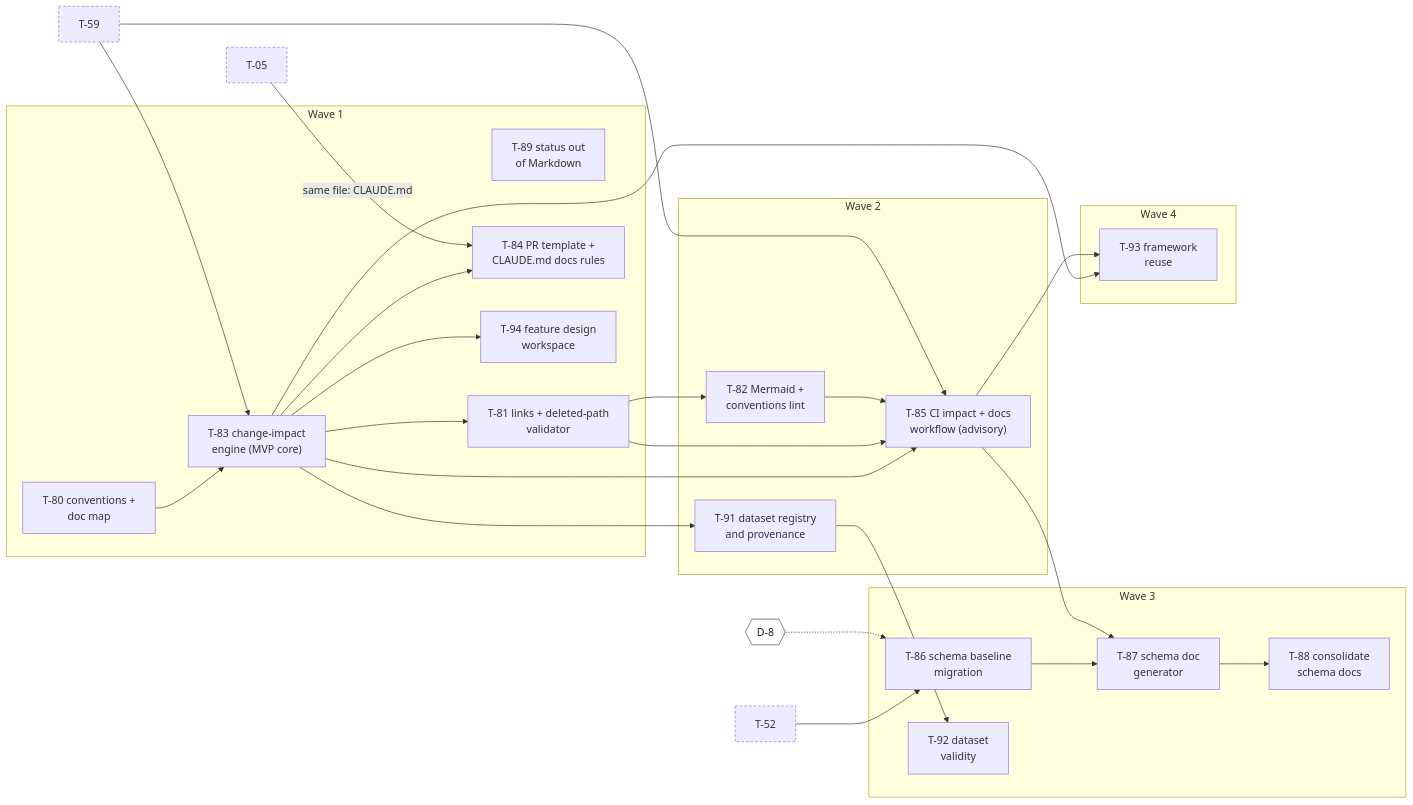
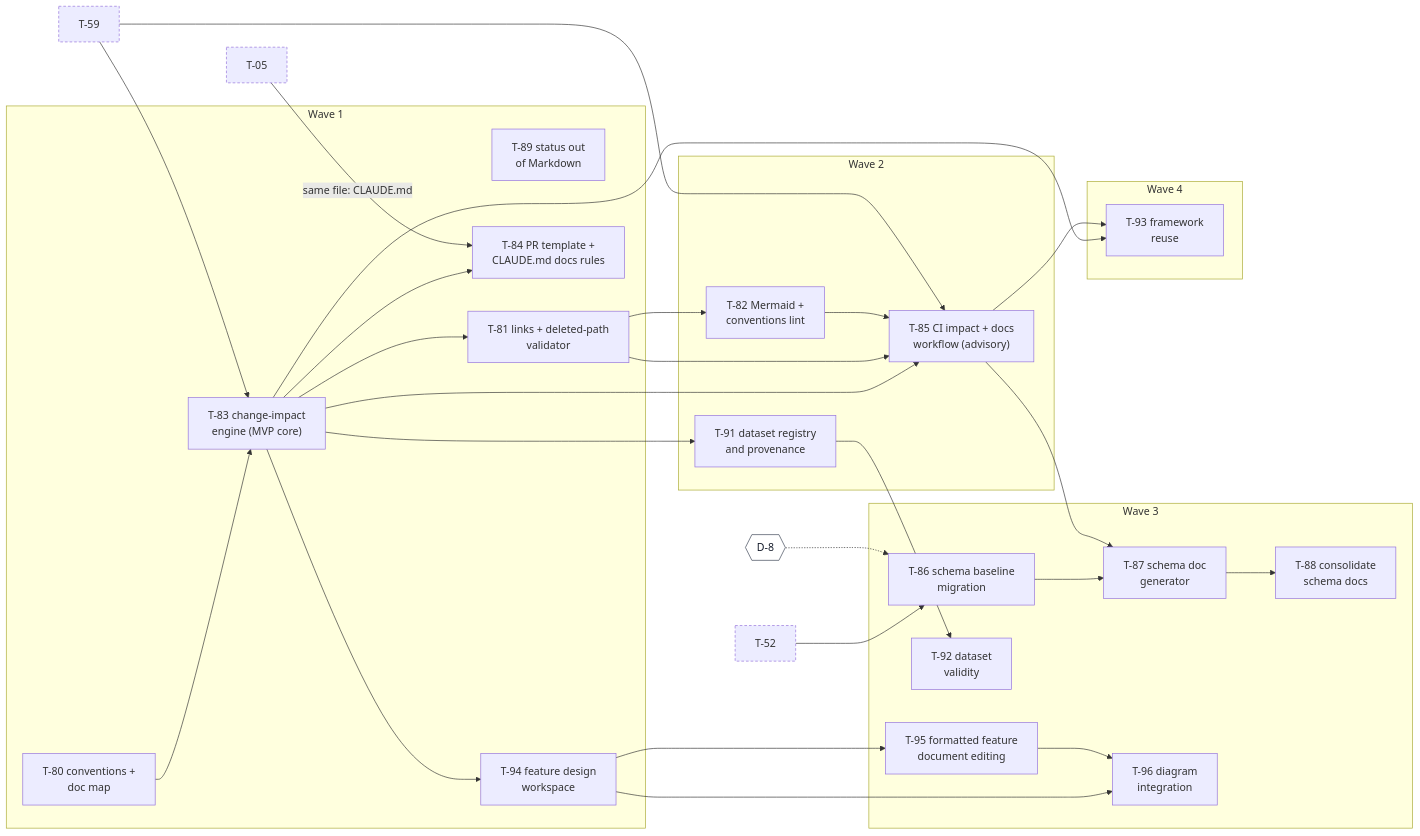
One commit to adrianfarhat/orlando-infrastructure-etl changed the sixth of 7 diagrams in docs/agents/development-status.md. Above: the diagram before and after it, drawn with Mermaid. The commit also changed other lines of this file and 2 other files, not shown here.

Commit message:
docs(agents): record the T-94 Phase 2 merge and the T-95/T-96 follow-ups
- docs/agents/task-board.md: Evidence log entry for the PR #7 merge
  (merge commit c3cea99, parents c5afacd and 5739f61; facts confirmed by
  technical-lead with git and read-only gh); Task index entries for T-95
  (Formatted Feature Document Editing) and T-96 (Diagram Integration).
- docs/agents/development-status.md: T-95 and T-96 added to the Wave 3
  subgraph of the framework diagram (T-94 -> T-95, T-94 -> T-96,
  T-95 -> T-96). No status in Markdown; status stays on the cards.
- docs/architecture/conventions.md section 7: the framework-diagram row
  records T-95 and T-96; approximate line references refreshed (~219,
  ~304).

All three edits by technical-lead, with user approval. Checks: design
tests 111 OK; tools.design check and index --check exit 0 (architecture
index still fresh); tools.impact validate and check --base main 0 ERROR,
0 WARNING; no unresolved heading links; framework diagram structurally
consistent (4 subgraphs, 23 edges, none dangling).

Claude-Session: https://claude.ai/code/session_015PPQCFPohszhdwKzVAzSDf

````diff
--- a/docs/agents/development-status.md
+++ b/docs/agents/development-status.md
@@ -217,55 +219,60 @@
 ```mermaid
 flowchart LR
   %% diagram-type: dependency
   T05p["T-05"]
   T52p["T-52"]
   T59p["T-59"]
   D8{{"D-8"}}
   subgraph DS1["Wave 1"]
     T80["T-80 conventions +<br/>doc map"]
     T89["T-89 status out<br/>of Markdown"]
     T83["T-83 change-impact<br/>engine (MVP core)"]
     T81["T-81 links + deleted-path<br/>validator"]
     T84["T-84 PR template +<br/>CLAUDE.md docs rules"]
     T94["T-94 feature design<br/>workspace"]
   end
   subgraph DS2["Wave 2"]
     T82["T-82 Mermaid +<br/>conventions lint"]
     T85["T-85 CI impact + docs<br/>workflow (advisory)"]
     T91["T-91 dataset registry<br/>and provenance"]
   end
   subgraph DS3["Wave 3"]
     T86["T-86 schema baseline<br/>migration"]
     T87["T-87 schema doc<br/>generator"]
     T88["T-88 consolidate<br/>schema docs"]
     T92["T-92 dataset<br/>validity"]
+    T95["T-95 formatted feature<br/>document editing"]
+    T96["T-96 diagram<br/>integration"]
   end
   subgraph DS4["Wave 4"]
     T93["T-93 framework<br/>reuse"]
   end
   T80 --> T83
   T59p --> T83
   T83 --> T81
   T81 --> T82
   T83 --> T84
   T05p -->|"same file: CLAUDE.md"| T84
   T83 --> T85
   T81 --> T85
   T82 --> T85
   T59p --> T85
   T52p --> T86
   D8 -.-> T86
   T86 --> T87
   T85 --> T87
   T87 --> T88
   T83 --> T91
   T91 --> T92
   T83 --> T93
   T85 --> T93
   T83 --> T94
+  T94 --> T95
+  T94 --> T96
+  T95 --> T96
 
   classDef decision fill:#ffffff,stroke:#374151,color:#111827
   classDef otherwave stroke-dasharray:4 3
   class D8 decision
   class T05p,T52p,T59p otherwave
 ```
````
